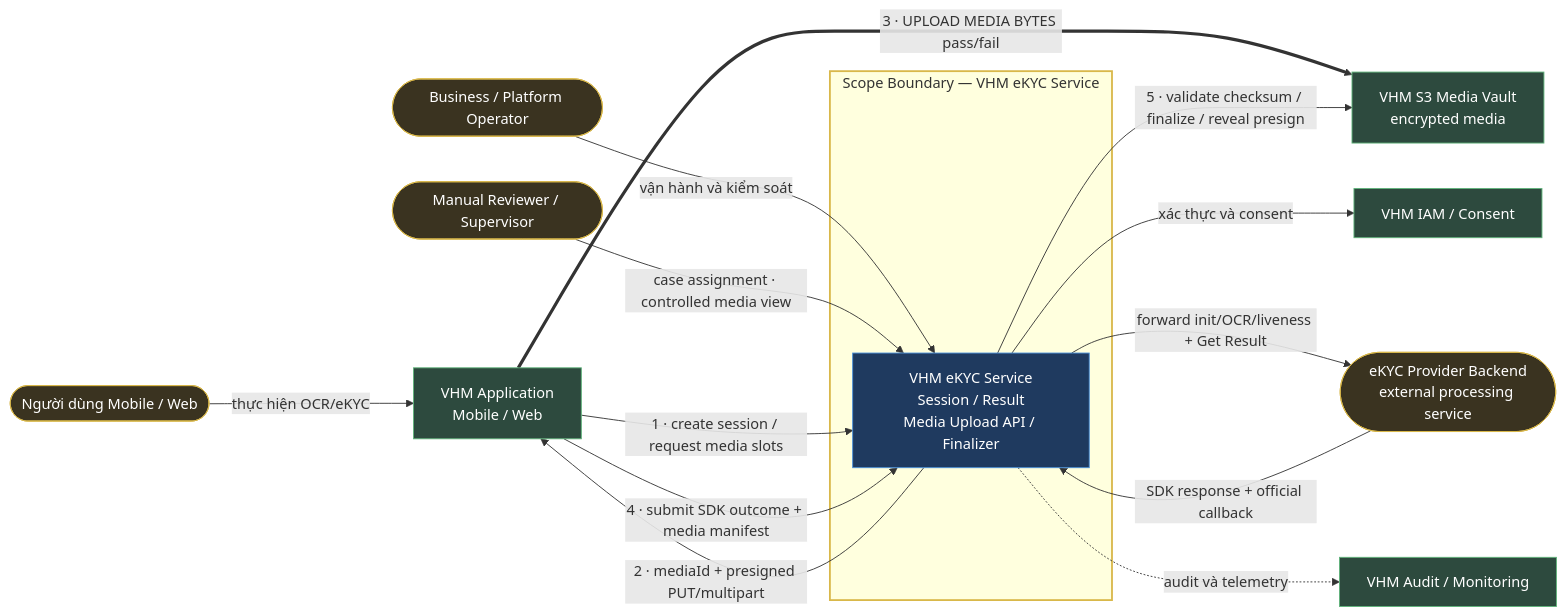
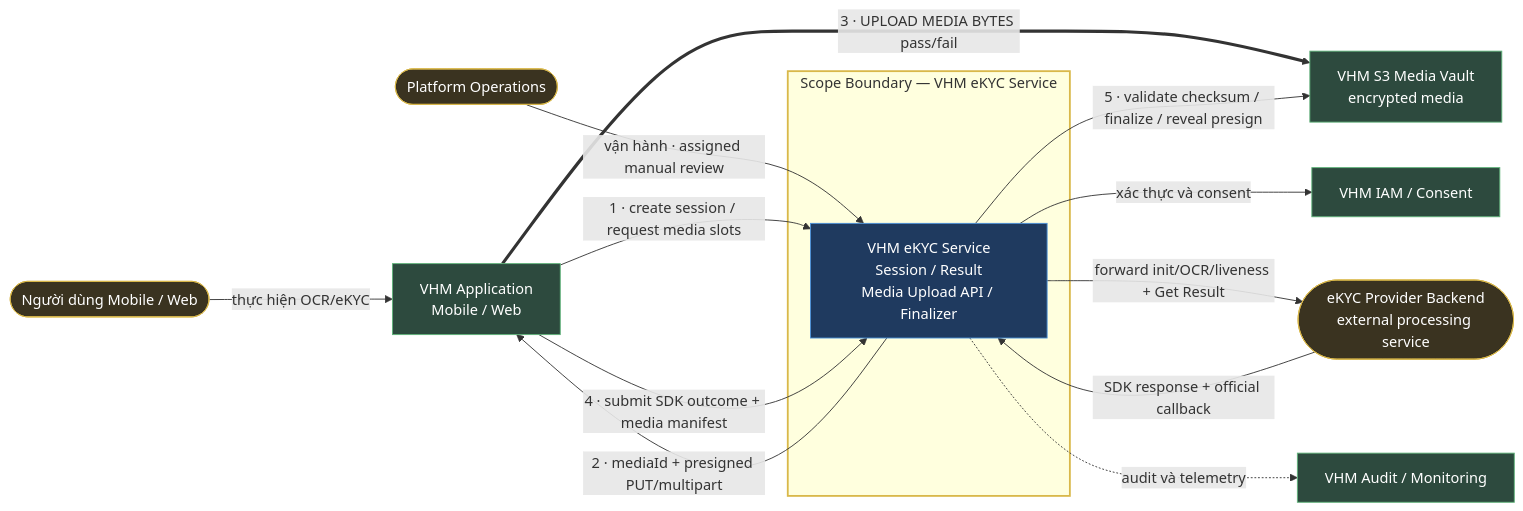
The first of 19 diagrams in tdd2.md (huynv-xyz/vhm), drawn with Mermaid before and after one commit. The commit also changed other lines of this file, not shown here.

````diff
--- a/tdd2.md
+++ b/tdd2.md
@@ -358,33 +358,31 @@
 ```mermaid
 flowchart LR
     USER(["Người dùng Mobile / Web"]):::entity
-    OPS(["Business / Platform Operator"]):::entity
-    REVIEWER(["Manual Reviewer / Supervisor"]):::entity
+    OPS(["Platform Operations"]):::entity
     APP["VHM Application<br/>Mobile / Web"]:::owned
     IAM["VHM IAM / Consent"]:::owned
     OBS["VHM Audit / Monitoring"]:::owned
     VAULT["VHM S3 Media Vault<br/>encrypted media"]:::owned
     PROVIDER(["eKYC Provider Backend<br/>external processing service"]):::entity
 
     subgraph SCOPE["Scope Boundary — VHM eKYC Service"]
         CORE["VHM eKYC Service<br/>Session / Result<br/>Media Upload API / Finalizer"]:::bc
     end
 
     USER -->|thực hiện OCR/eKYC| APP
-    OPS -->|vận hành và kiểm soát| CORE
-    REVIEWER -->|case assignment · controlled media view| CORE
+    OPS -->|vận hành · assigned manual review| CORE
     APP -->|1 · create session / request media slots| CORE
     CORE -->|2 · mediaId + presigned PUT/multipart| APP
     APP ==>|3 · UPLOAD MEDIA BYTES pass/fail| VAULT
     APP -->|4 · submit SDK outcome + media manifest| CORE
     CORE -->|5 · validate checksum / finalize / reveal presign| VAULT
     CORE -->|xác thực và consent| IAM
     CORE -->|forward init/OCR/liveness + Get Result| PROVIDER
     PROVIDER -->|SDK response + official callback| CORE
     CORE -.->|audit và telemetry| OBS
 
     style SCOPE stroke:#d9b84a,stroke-width:2px
     classDef bc fill:#1f3a5f,stroke:#4a90d9,color:#fff;
     classDef owned fill:#2d4a3e,stroke:#5fb37a,color:#fff;
     classDef entity fill:#3a3320,stroke:#d9b84a,color:#fff;
 ```
````
